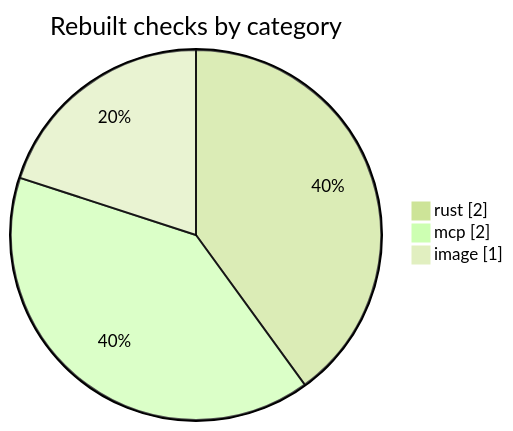
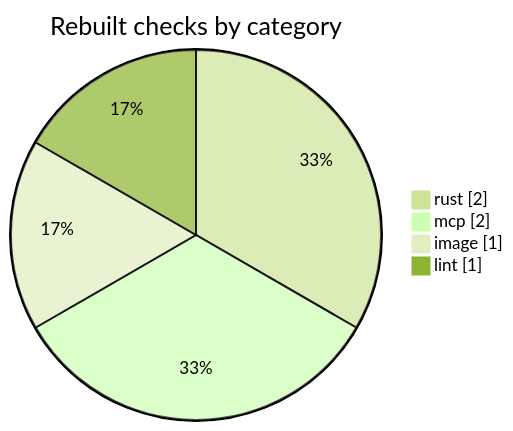
The first of 2 diagrams in tools/blast-radius-fixtures/good.expected.md (Paramount50/ix-index), drawn with Mermaid (forest theme) before and after one commit. The commit also changed other lines of this file and 3 other files, not shown here.

````diff
--- a/tools/blast-radius-fixtures/good.expected.md
+++ b/tools/blast-radius-fixtures/good.expected.md
@@ -8,6 +8,7 @@
 ```mermaid
 pie showData title Rebuilt checks by category
   "rust" : 2
   "mcp" : 2
   "image" : 1
+  "lint" : 1
 ```
````
